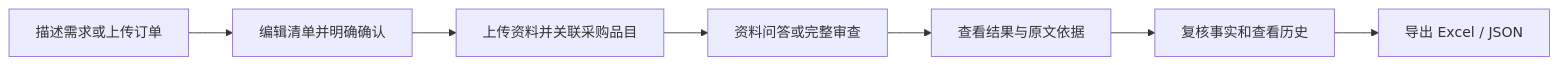
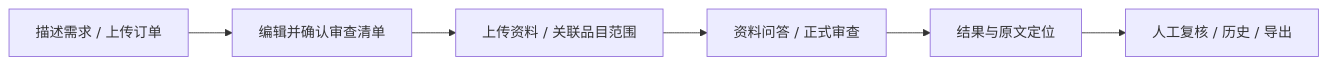
Before and after one commit to YanShui9/docucheck: the first of 2 diagrams in README.md, drawn with Mermaid. The commit also changed other lines of this file and 7 other files, not shown here.

````diff
--- a/README.md
+++ b/README.md
@@ -40,9 +18,8 @@
 ```mermaid
 flowchart LR
-    A[描述需求或上传订单] --> B[编辑清单并明确确认]
-    B --> C[上传资料并关联采购品目]
-    C --> D[资料问答或完整审查]
-    D --> E[查看结果与原文依据]
-    E --> F[复核事实和查看历史]
-    F --> G[导出 Excel / JSON]
+    A[描述需求 / 上传订单] --> B[编辑并确认审查清单]
+    B --> C[上传资料 / 关联品目范围]
+    C --> D[资料问答 / 正式审查]
+    D --> E[结果与原文定位]
+    E --> F[人工复核 / 历史 / 导出]
 ```
````
